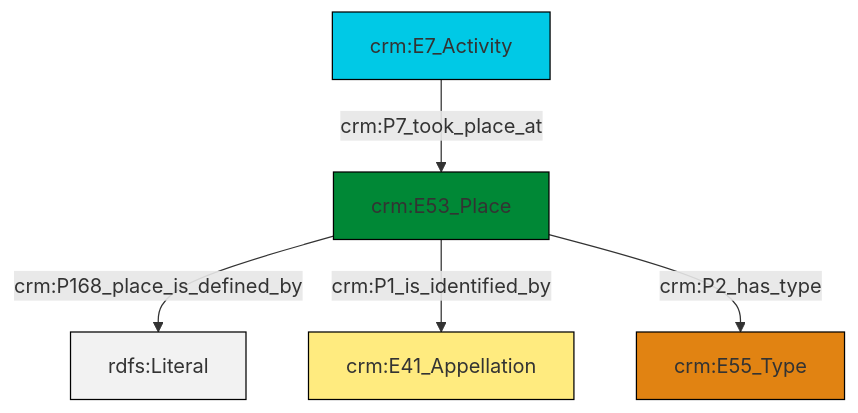
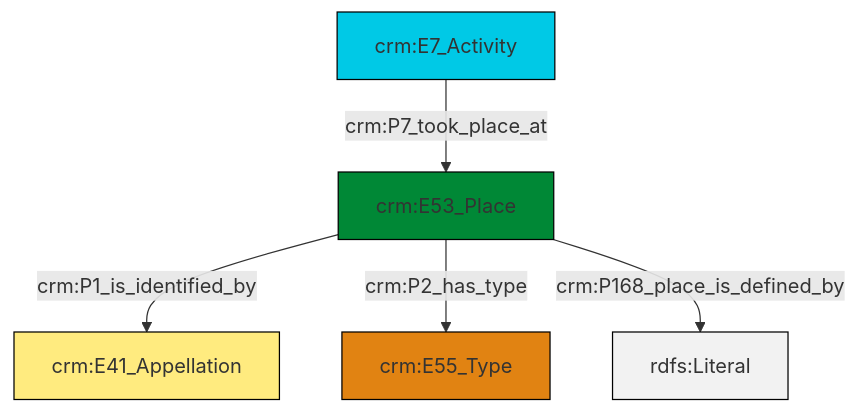
Before and after one commit to swiss-art-research-net/docs.swissartresearch: the diagram in et/eventCSV/ttl/mmd/event_location.ttl.mmd, drawn with Mermaid. The commit also changed 177 other files, not shown here.

```diff
--- a/et/eventCSV/ttl/mmd/event_location.ttl.mmd
+++ b/et/eventCSV/ttl/mmd/event_location.ttl.mmd
@@ -1,19 +1,19 @@
 graph TD
 classDef Literal fill:#f2f2f2,stroke:#000000;
 classDef CRM_Entity fill:#FFFFFF,stroke:#000000;
 classDef Temporal_Entity fill:#00C9E6, stroke:#000000;
 classDef Type fill:#E18312, stroke:#000000;
 classDef Time-Span fill:#2C9C91, stroke:#000000;
 classDef Appellation fill:#FFEB7F, stroke:#000000;
 classDef Place fill:#008836, stroke:#000000;
 classDef Persistent_Item fill:#B266B2, stroke:#000000;
 classDef Conceptual_Object fill:#FFD700, stroke:#000000;
 classDef Physical_Thing fill:#D2B48C, stroke:#000000;
 classDef Actor fill:#f58aad, stroke:#000000;
 classDef PC_Classes fill:#4ce600, stroke:#000000;
 classDef Multi fill:#cccccc,stroke:#000000;
 
-4["crm:E53_Place"]:::Place -->|crm:P168_place_is_defined_by| 5[rdfs:Literal]:::Literal
-4["crm:E53_Place"]:::Place -->|crm:P1_is_identified_by| 6["crm:E41_Appellation"]:::Appellation
-4["crm:E53_Place"]:::Place -->|crm:P2_has_type| 0["crm:E55_Type"]:::Type
-2["crm:E7_Activity"]:::Temporal_Entity -->|crm:P7_took_place_at| 4["crm:E53_Place"]:::Place
+2["crm:E53_Place"]:::Place -->|crm:P1_is_identified_by| 3["crm:E41_Appellation"]:::Appellation
+2["crm:E53_Place"]:::Place -->|crm:P2_has_type| 4["crm:E55_Type"]:::Type
+0["crm:E7_Activity"]:::Temporal_Entity -->|crm:P7_took_place_at| 2["crm:E53_Place"]:::Place
+2["crm:E53_Place"]:::Place -->|crm:P168_place_is_defined_by| 8[rdfs:Literal]:::Literal
```
